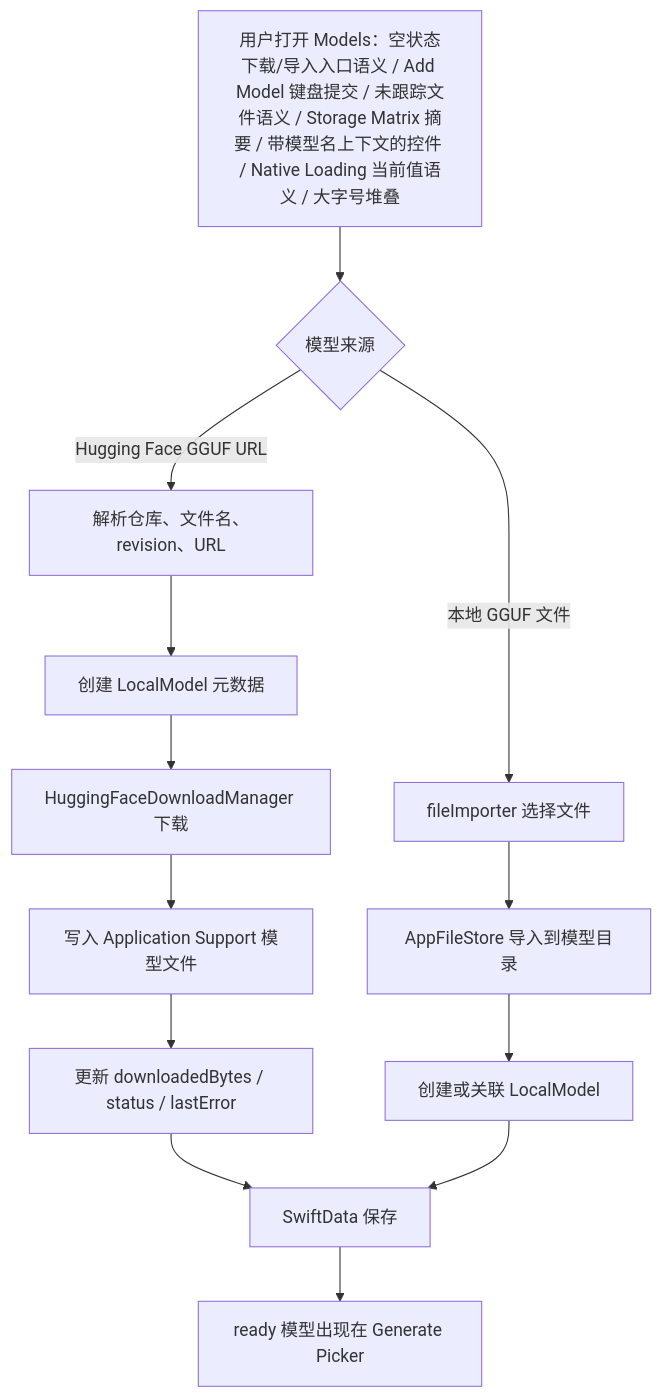
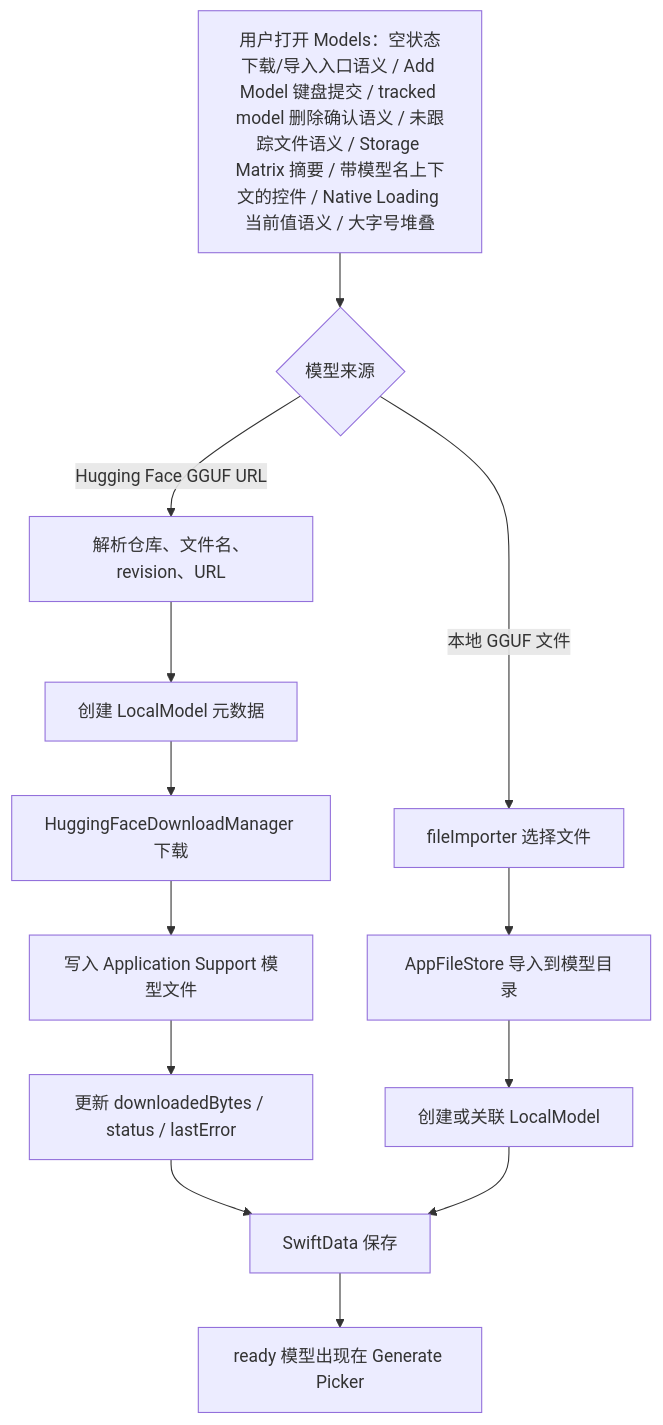
One commit to Altman-sam114/118 changed the third of 7 diagrams in md/flow/flowchart.md. Above: the diagram before and after it, drawn with Mermaid. The commit also changed other lines of this file and 5 other files, not shown here.

````diff
--- a/md/flow/flowchart.md
+++ b/md/flow/flowchart.md
@@ -66,15 +66,15 @@
 ```mermaid
 flowchart TD
-  A["用户打开 Models：空状态下载/导入入口语义 / Add Model 键盘提交 / 未跟踪文件语义 / Storage Matrix 摘要 / 带模型名上下文的控件 / Native Loading 当前值语义 / 大字号堆叠"] --> B{"模型来源"}
+  A["用户打开 Models：空状态下载/导入入口语义 / Add Model 键盘提交 / tracked model 删除确认语义 / 未跟踪文件语义 / Storage Matrix 摘要 / 带模型名上下文的控件 / Native Loading 当前值语义 / 大字号堆叠"] --> B{"模型来源"}
   B -- "Hugging Face GGUF URL" --> C["解析仓库、文件名、revision、URL"]
   C --> D["创建 LocalModel 元数据"]
   D --> E["HuggingFaceDownloadManager 下载"]
   E --> F["写入 Application Support 模型文件"]
   F --> G["更新 downloadedBytes / status / lastError"]
   B -- "本地 GGUF 文件" --> H["fileImporter 选择文件"]
   H --> I["AppFileStore 导入到模型目录"]
   I --> J["创建或关联 LocalModel"]
   G --> K["SwiftData 保存"]
   J --> K
   K --> L["ready 模型出现在 Generate Picker"]
 ```
````
